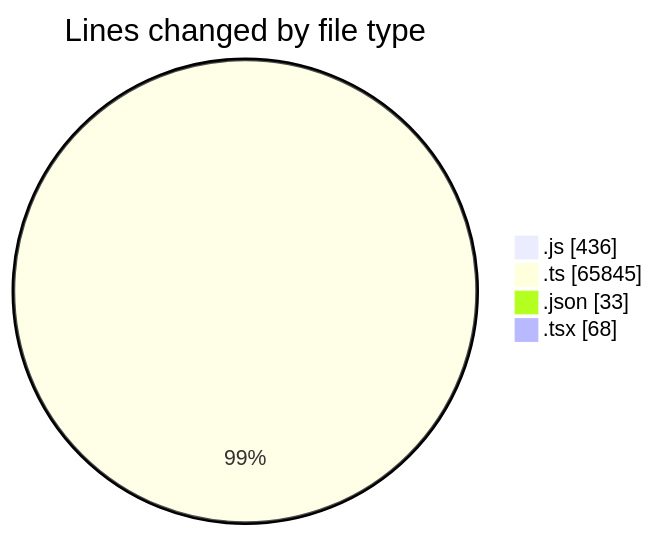
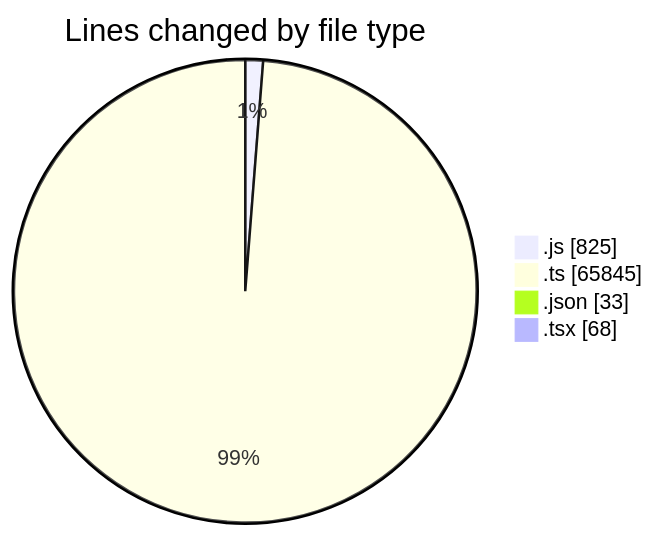
One commit to momahboobian/code-tracking changed the first of 2 diagrams in 2026-07-27/cda/README.md. Above: the diagram before and after it, drawn with Mermaid. The commit also changed other lines of this file and 1 other file, not shown here.

````diff
--- a/2026-07-27/cda/README.md
+++ b/2026-07-27/cda/README.md
@@ -34,8 +35,8 @@
 ```mermaid
 pie showData
 title Lines changed by file type
-".js" : 436
+".js" : 825
 ".ts" : 65845
 ".json" : 33
 ".tsx" : 68
 ```
````
